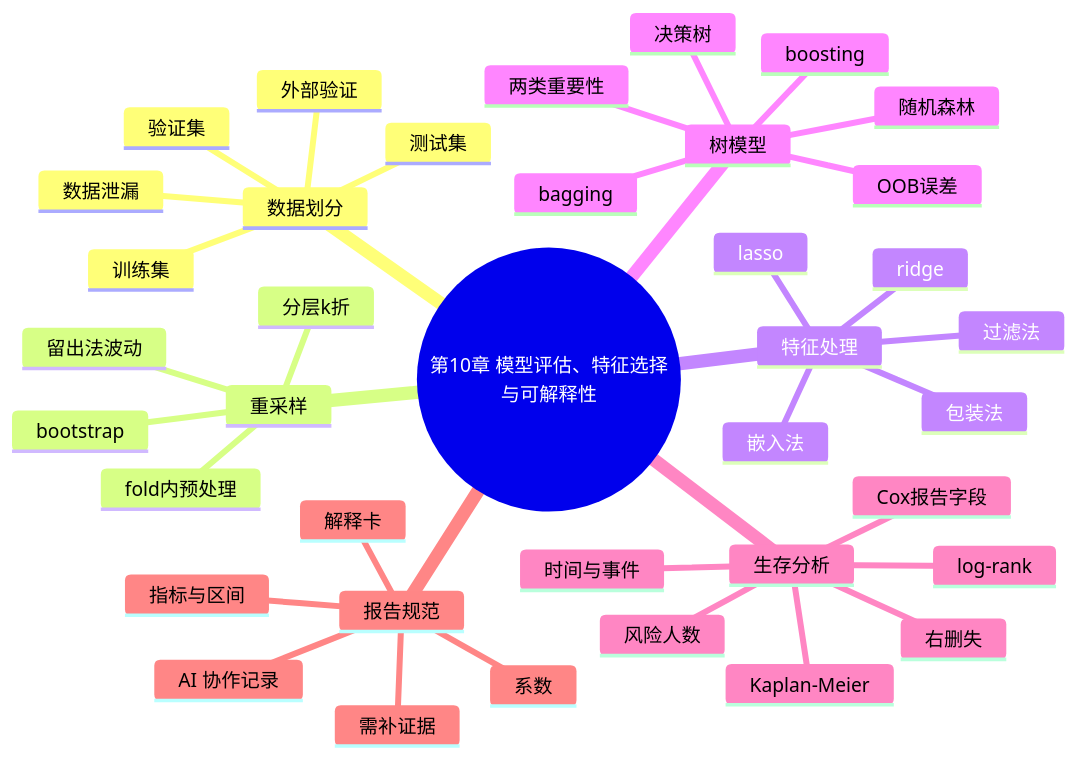
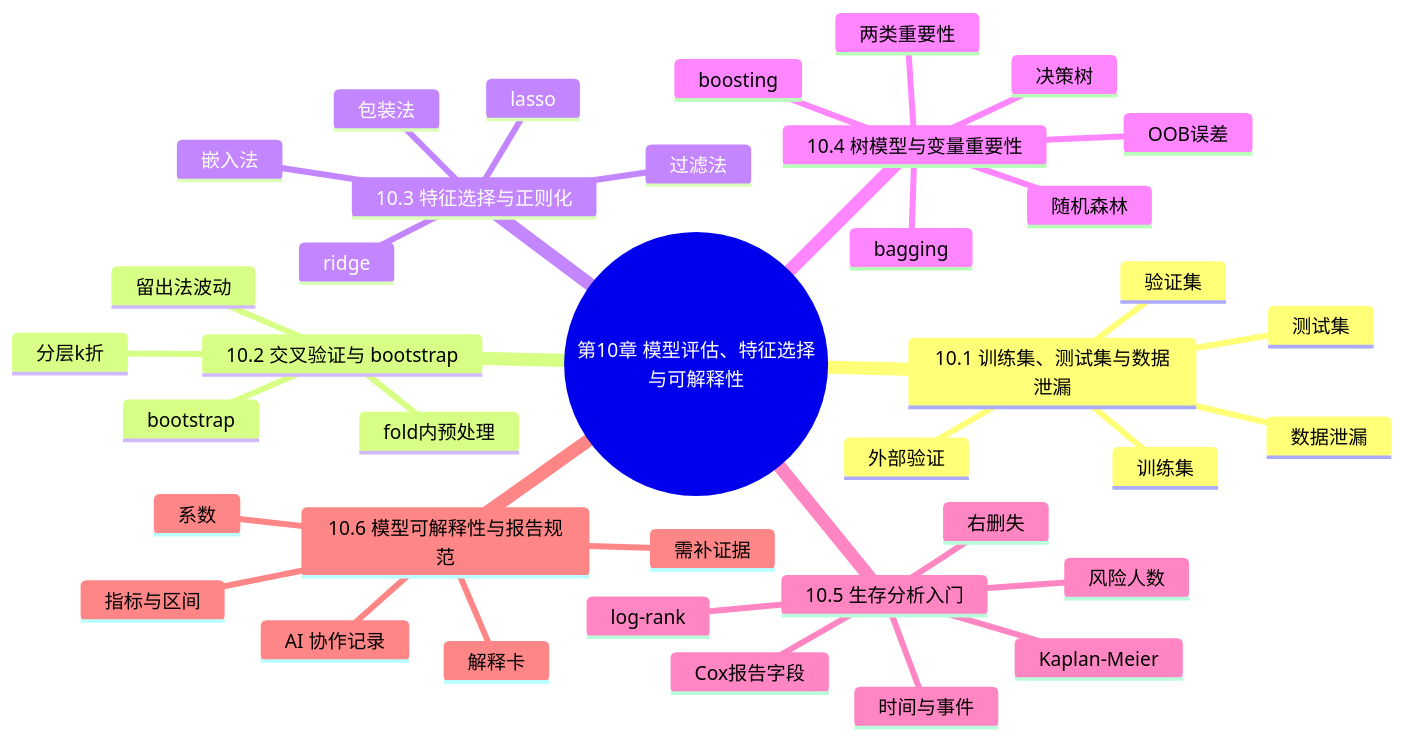
Before and after one commit to luvega/AI_MED_DataVis: the fifth of 5 diagrams in docs/chapters/chapter-10/index.md, drawn with Mermaid. The commit also changed other lines of this file and 30 other files, not shown here.

Commit message:
Redraw textbook diagrams and correct data-flow relationships

```diff
--- a/docs/chapters/chapter-10/index.md
+++ b/docs/chapters/chapter-10/index.md
@@ -854,41 +865,41 @@
 ~~~mermaid
 mindmap
   root((第10章 模型评估、特征选择与可解释性))
-    数据划分
+    10.1 训练集、测试集与数据泄漏
       训练集
       验证集
       测试集
       外部验证
       数据泄漏
-    重采样
+    10.2 交叉验证与 bootstrap
       留出法波动
       分层k折
       fold内预处理
       bootstrap
-    特征处理
+    10.3 特征选择与正则化
       过滤法
       包装法
       嵌入法
       ridge
       lasso
-    树模型
+    10.4 树模型与变量重要性
       决策树
       bagging
       随机森林
       boosting
       OOB误差
       两类重要性
-    生存分析
+    10.5 生存分析入门
       时间与事件
       右删失
       风险人数
       Kaplan-Meier
       log-rank
       Cox报告字段
-    报告规范
+    10.6 模型可解释性与报告规范
       系数
       指标与区间
       解释卡
       AI 协作记录
       需补证据
 ~~~
```
